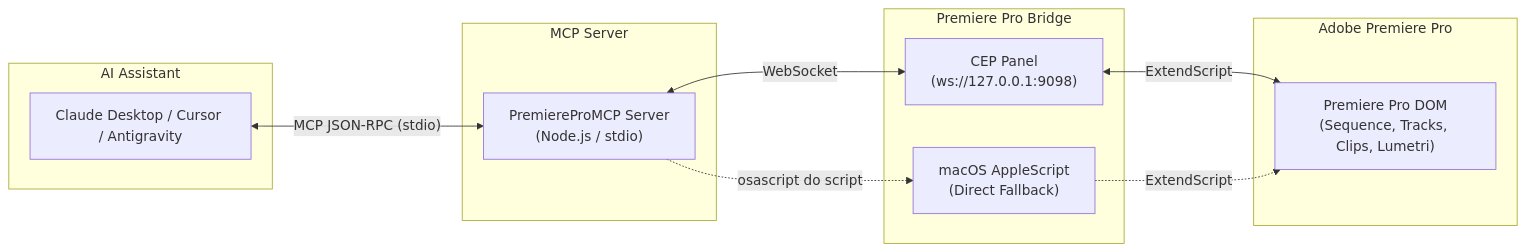
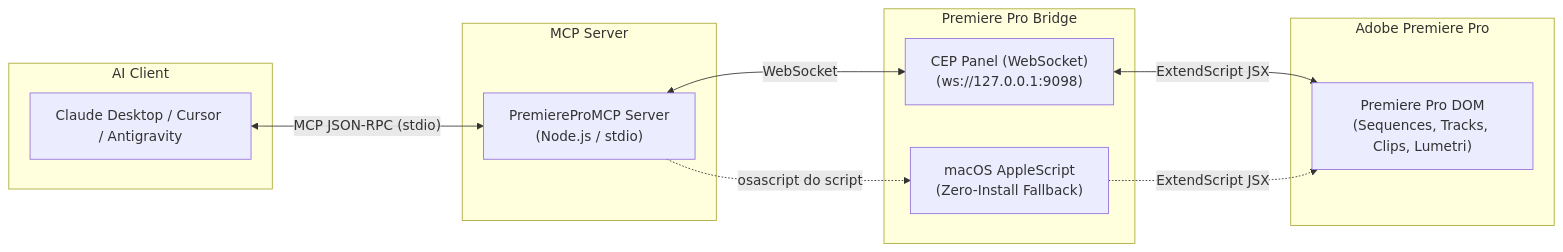
Before and after one commit to au-yong/premiere-pro-mcp: the diagram in README.md, drawn with Mermaid. The commit also changed other lines of this file and 1 other file, not shown here.

````diff
--- a/README.md
+++ b/README.md
@@ -14,25 +51,25 @@
 ```mermaid
 flowchart LR
-    subgraph AI Assistant
+    subgraph AI Client
         A["Claude Desktop / Cursor / Antigravity"]
     end
 
     subgraph MCP Server
         B["PremiereProMCP Server<br/>(Node.js / stdio)"]
     end
 
     subgraph Premiere Pro Bridge
-        C["CEP Panel<br/>(ws://127.0.0.1:9098)"]
-        D["macOS AppleScript<br/>(Direct Fallback)"]
+        C["CEP Panel (WebSocket)<br/>(ws://127.0.0.1:9098)"]
+        D["macOS AppleScript<br/>(Zero-Install Fallback)"]
     end
 
     subgraph Adobe Premiere Pro
-        E["Premiere Pro DOM<br/>(Sequence, Tracks, Clips, Lumetri)"]
+        E["Premiere Pro DOM<br/>(Sequences, Tracks, Clips, Lumetri)"]
     end
 
     A <-->|"MCP JSON-RPC (stdio)"| B
     B <-->|"WebSocket"| C
     B -.->|"osascript do script"| D
-    C <-->|"ExtendScript"| E
-    D -.->|"ExtendScript"| E
+    C <-->|"ExtendScript JSX"| E
+    D -.->|"ExtendScript JSX"| E
 ```
````
